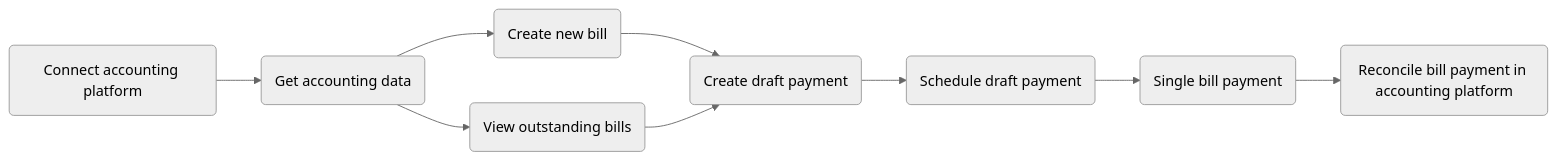
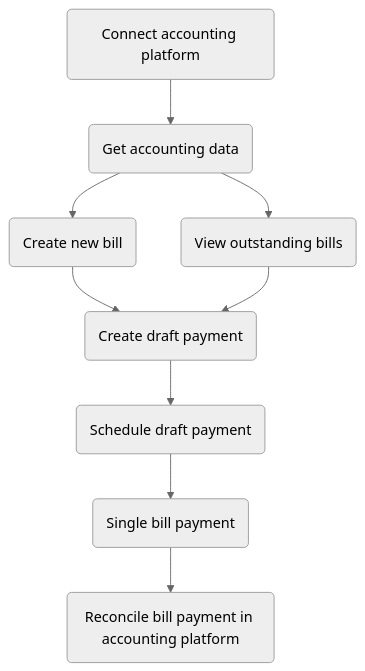
Before and after one commit to codatio/codat-docs: the diagram in docs/payables/bill-pay-kit.md, drawn with Mermaid (neutral theme).

````diff
--- a/docs/payables/bill-pay-kit.md
+++ b/docs/payables/bill-pay-kit.md
@@ -23,13 +23,13 @@
 ```mermaid
 
-  flowchart LR
+  flowchart TD
     A(Connect accounting platform) --> B(Get accounting data)
     B --> H(Create new bill)
     H --> D
     B --> C(View outstanding bills)
     C -->D(Create draft payment)
     D -->E(Schedule draft payment)
     E -->F(Single bill payment)
     F -->G(Reconcile bill payment in accounting platform)
 
 ```
````
